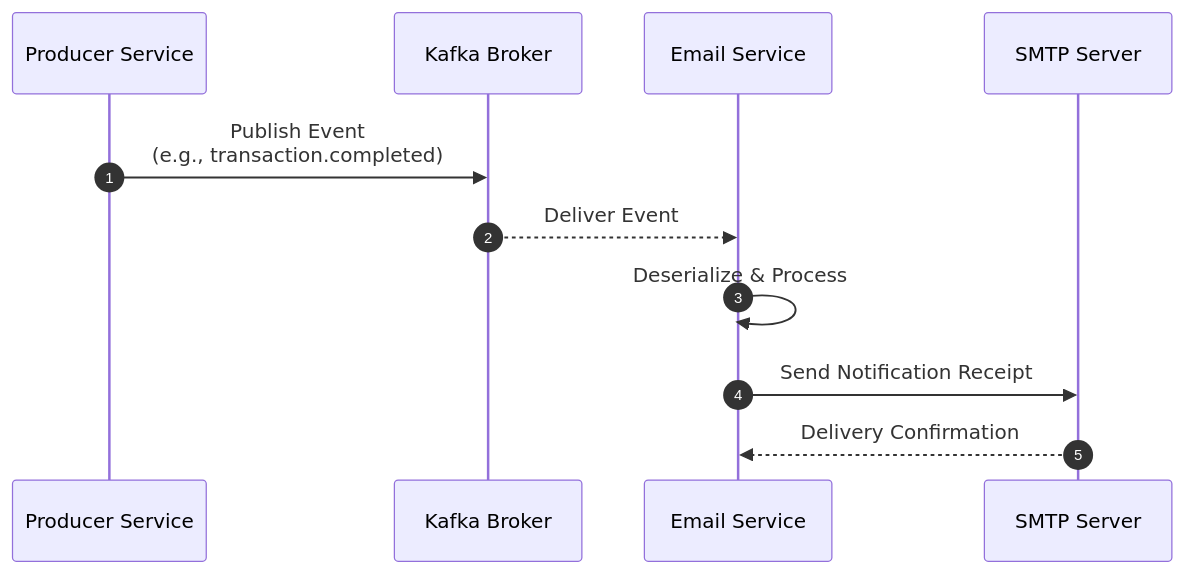
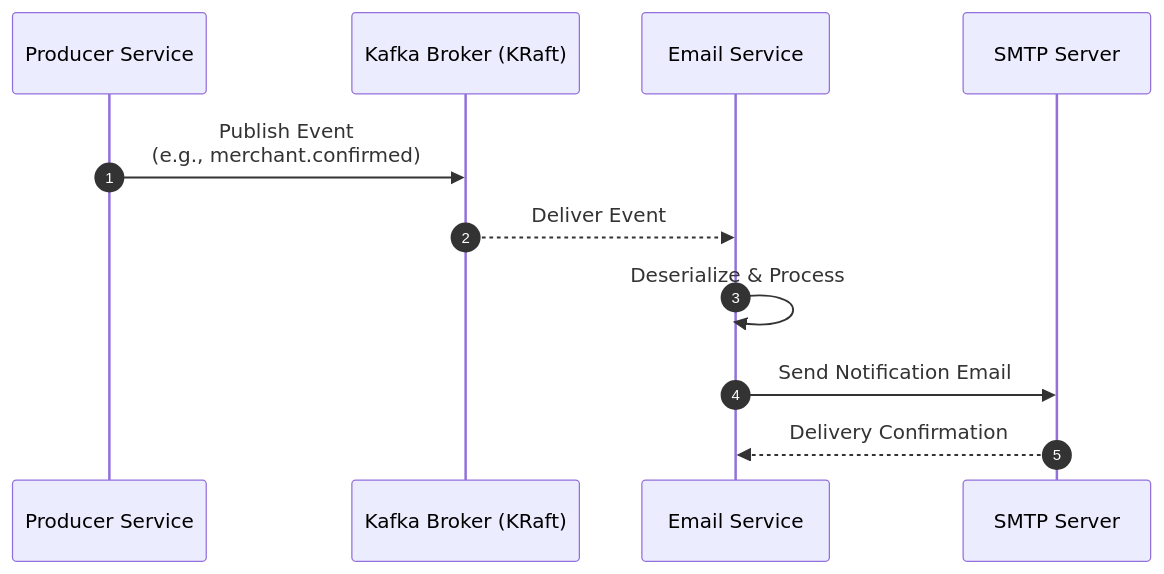
Before and after one commit to MamangRust/monolith-pointofsale-grpc: the fifth of 8 diagrams in README.md, drawn with Mermaid. The commit also changed other lines of this file and 1046 other files, not shown here.

Commit message:
refactor: reorganize service architectures, update Kubernetes deployments, and optimize shared utility structures.

````diff
--- a/README.md
+++ b/README.md
@@ -290,14 +283,14 @@
 ```mermaid
 sequenceDiagram
     autonumber
     participant SVC as Producer Service
-    participant K as Kafka Broker
+    participant K as Kafka Broker (KRaft)
     participant EMAIL as Email Service
     participant SMTP as SMTP Server
 
-    SVC->>K: Publish Event<br/>(e.g., transaction.completed)
+    SVC->>K: Publish Event<br/>(e.g., merchant.confirmed)
     K-->>EMAIL: Deliver Event
     EMAIL->>EMAIL: Deserialize & Process
-    EMAIL->>SMTP: Send Notification Receipt
+    EMAIL->>SMTP: Send Notification Email
     SMTP-->>EMAIL: Delivery Confirmation
 ```
````
